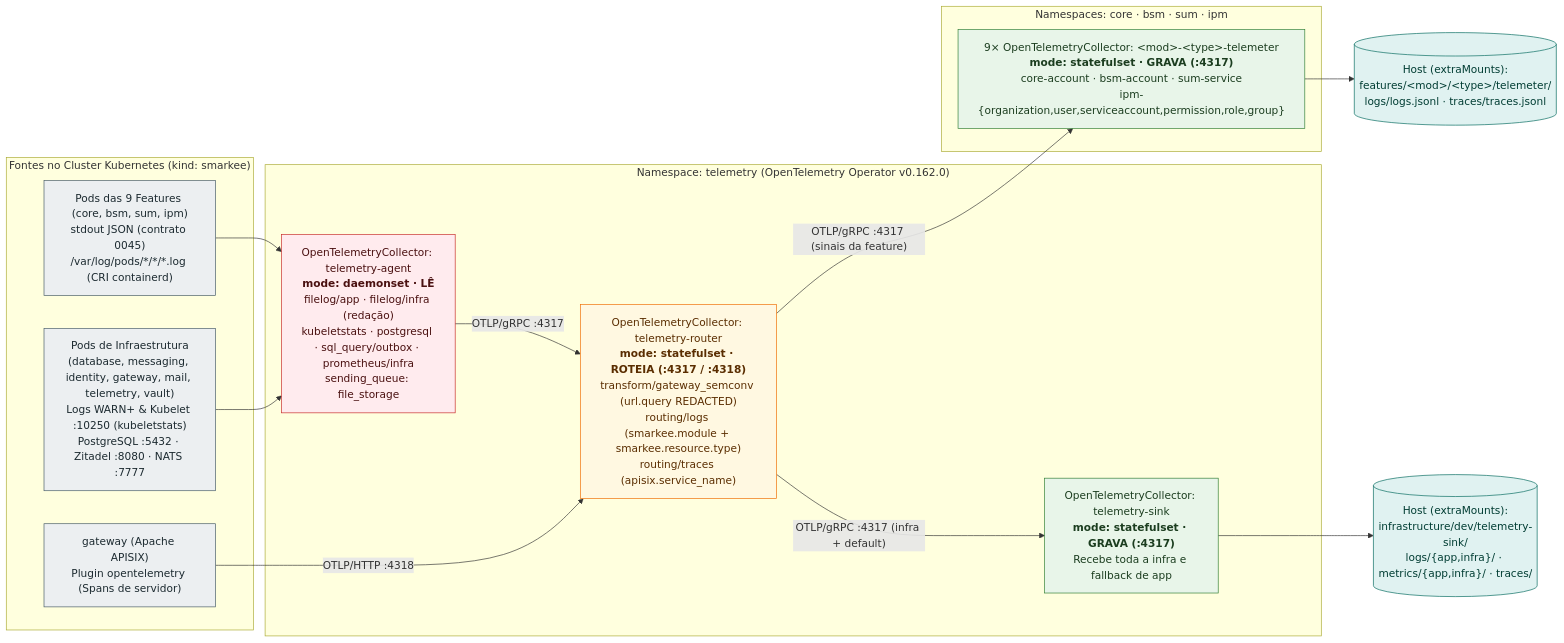
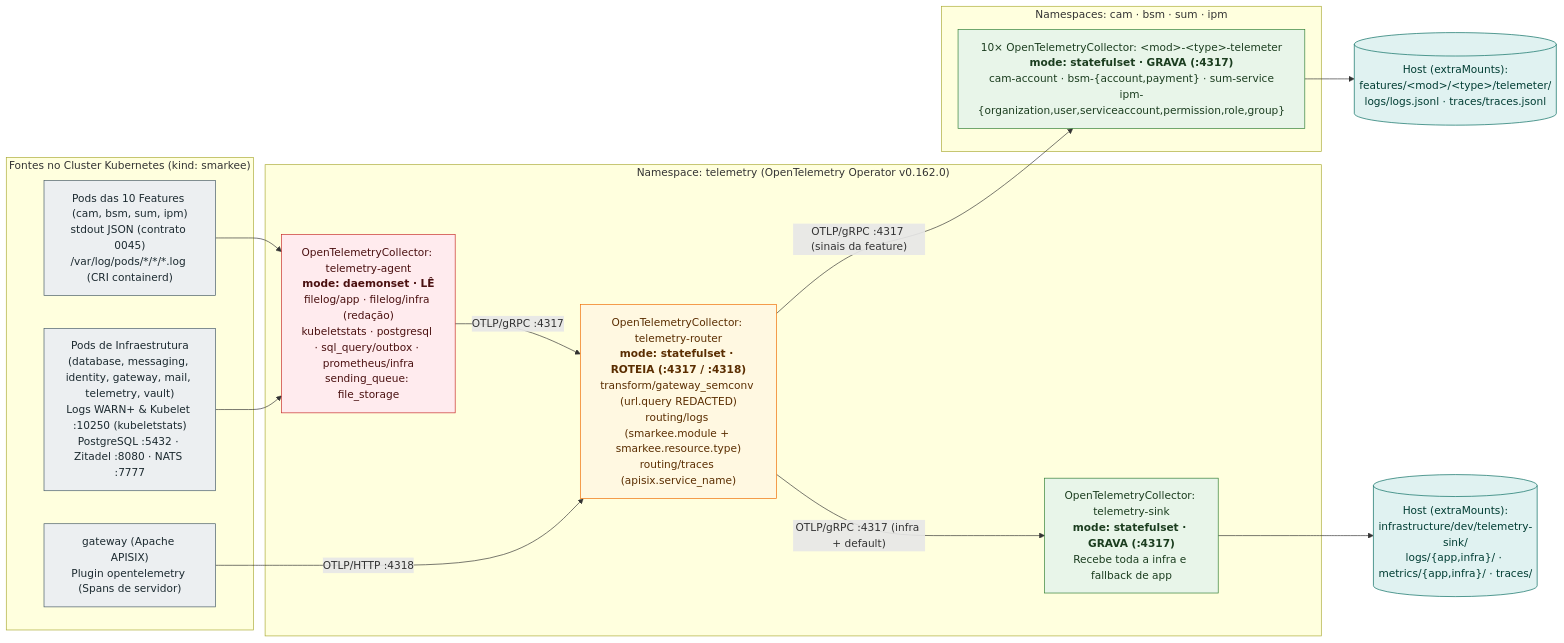
Before and after one commit to danielsabatini/smarkee: the diagram in docs/infrastructure/k8s/diagrams/07-telemetry-pipeline.mmd, drawn with Mermaid. The commit also changed 44 other files, not shown here.

First line of the commit message:
docs: alinha documentacao ao modulo cam, 10 features e ao cluster Kubernetes

```diff
--- a/docs/infrastructure/k8s/diagrams/07-telemetry-pipeline.mmd
+++ b/docs/infrastructure/k8s/diagrams/07-telemetry-pipeline.mmd
@@ -1,34 +1,34 @@
 flowchart LR
     classDef src fill:#eceff1,stroke:#455a64,color:#1c2a30
     classDef read fill:#ffebee,stroke:#c62828,color:#4a1010
     classDef route fill:#fff8e1,stroke:#ef6c00,color:#5a2d00
     classDef write fill:#e8f5e9,stroke:#2e7d32,color:#1b3d1f
     classDef out fill:#e0f2f1,stroke:#00695c,color:#003d33
 
     subgraph SOURCES["Fontes no Cluster Kubernetes (kind: smarkee)"]
-        APP_PODS["Pods das 9 Features (core, bsm, sum, ipm)<br/>stdout JSON (contrato 0045)<br/>/var/log/pods/*/*/*.log (CRI containerd)"]:::src
+        APP_PODS["Pods das 10 Features (cam, bsm, sum, ipm)<br/>stdout JSON (contrato 0045)<br/>/var/log/pods/*/*/*.log (CRI containerd)"]:::src
         INFRA_PODS["Pods de Infraestrutura<br/>(database, messaging, identity, gateway, mail, telemetry, vault)<br/>Logs WARN+ &amp; Kubelet :10250 (kubeletstats)<br/>PostgreSQL :5432 · Zitadel :8080 · NATS :7777"]:::src
         GW_SPANS["gateway (Apache APISIX)<br/>Plugin opentelemetry (Spans de servidor)"]:::src
     end
 
     subgraph NS_TEL["Namespace: telemetry (OpenTelemetry Operator v0.162.0)"]
         AGENT["OpenTelemetryCollector: telemetry-agent<br/><b>mode: daemonset · LÊ</b><br/>filelog/app · filelog/infra (redação)<br/>kubeletstats · postgresql · sql_query/outbox · prometheus/infra<br/>sending_queue: file_storage"]:::read
         ROUTER["OpenTelemetryCollector: telemetry-router<br/><b>mode: statefulset · ROTEIA (:4317 / :4318)</b><br/>transform/gateway_semconv (url.query REDACTED)<br/>routing/logs (smarkee.module + smarkee.resource.type)<br/>routing/traces (apisix.service_name)"]:::route
         SINK["OpenTelemetryCollector: telemetry-sink<br/><b>mode: statefulset · GRAVA (:4317)</b><br/>Recebe toda a infra e fallback de app"]:::write
     end
 
-    subgraph NS_FEAT["Namespaces: core · bsm · sum · ipm"]
-        FTEL["9× OpenTelemetryCollector: &lt;mod&gt;-&lt;type&gt;-telemeter<br/><b>mode: statefulset · GRAVA (:4317)</b><br/>core-account · bsm-account · sum-service<br/>ipm-{organization,user,serviceaccount,permission,role,group}"]:::write
+    subgraph NS_FEAT["Namespaces: cam · bsm · sum · ipm"]
+        FTEL["10× OpenTelemetryCollector: &lt;mod&gt;-&lt;type&gt;-telemeter<br/><b>mode: statefulset · GRAVA (:4317)</b><br/>cam-account · bsm-{account,payment} · sum-service<br/>ipm-{organization,user,serviceaccount,permission,role,group}"]:::write
     end
 
     OUT_SINK[("Host (extraMounts):<br/>infrastructure/dev/telemetry-sink/<br/>logs/{app,infra}/ · metrics/{app,infra}/ · traces/")]:::out
     OUT_FEAT[("Host (extraMounts):<br/>features/&lt;mod&gt;/&lt;type&gt;/telemeter/<br/>logs/logs.jsonl · traces/traces.jsonl")]:::out
 
     APP_PODS --> AGENT
     INFRA_PODS --> AGENT
     AGENT -- "OTLP/gRPC :4317" --> ROUTER
     GW_SPANS -- "OTLP/HTTP :4318" --> ROUTER
     ROUTER -- "OTLP/gRPC :4317 (sinais da feature)" --> FTEL
     ROUTER -- "OTLP/gRPC :4317 (infra + default)" --> SINK
     SINK --> OUT_SINK
     FTEL --> OUT_FEAT
```
